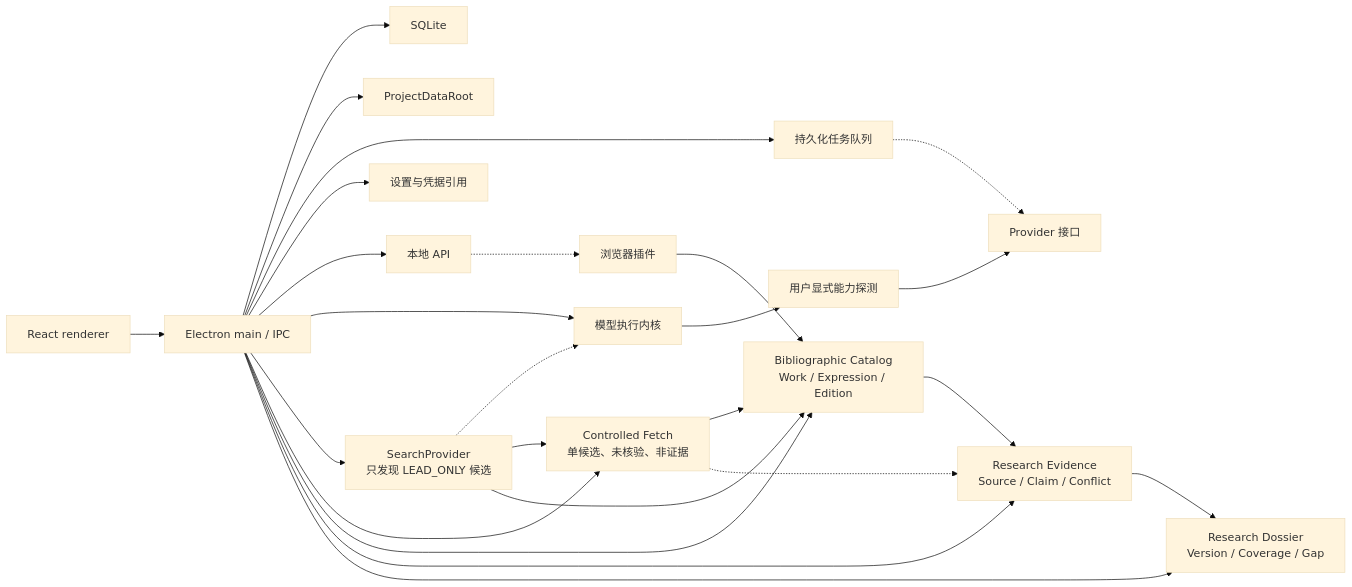
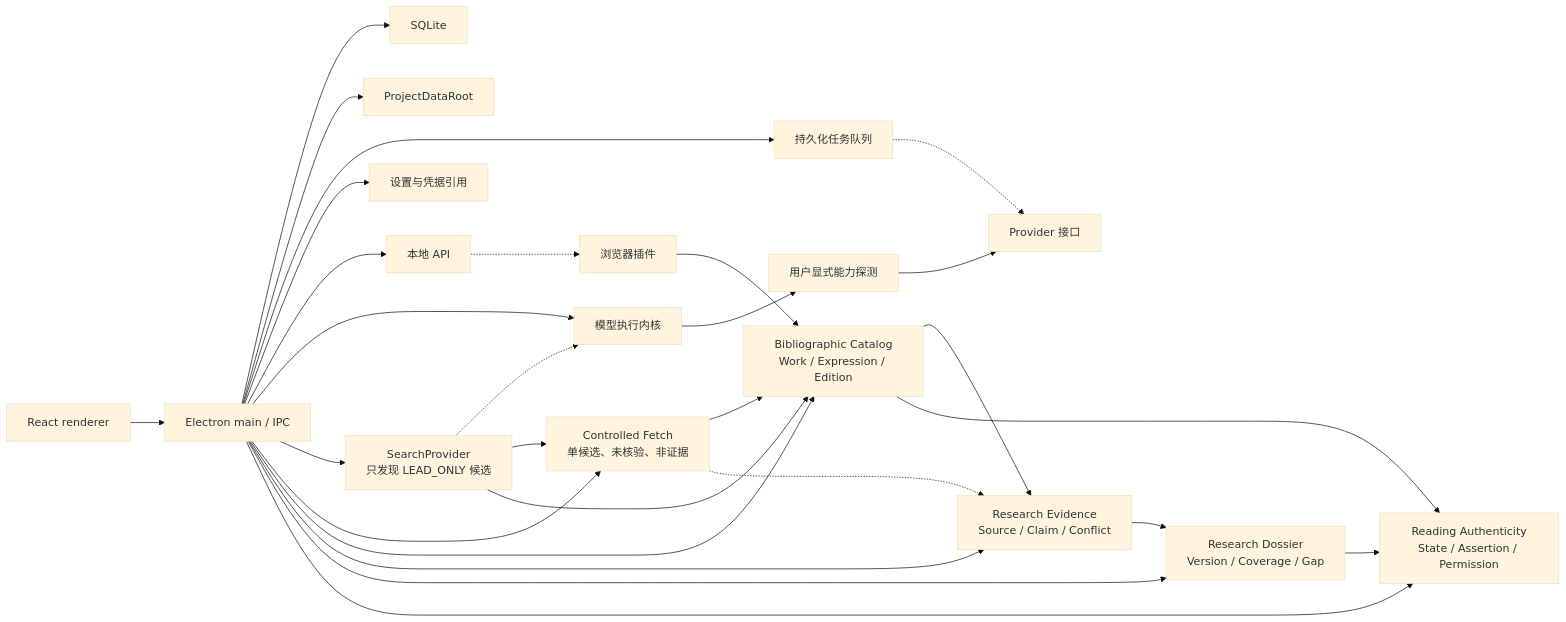
One commit to KAtOReNA7/Rednote-Automated-Operation-Tool changed the second of 2 diagrams in README.md. Above: the diagram before and after it, drawn with Mermaid (base theme). The commit also changed other lines of this file and 76 other files, not shown here.

Commit message:
feat(library): add reading authenticity policy

````diff
--- a/README.md
+++ b/README.md
@@ -146,27 +149,30 @@
 ```mermaid
 flowchart LR
     UI["React renderer"] --> MAIN["Electron main / IPC"]
     MAIN --> DB["SQLite"]
     MAIN --> FS["ProjectDataRoot"]
     MAIN --> QUEUE["持久化任务队列"]
     MAIN --> SETTINGS["设置与凭据引用"]
     MAIN --> API["本地 API"]
     MAIN --> MODEL["模型执行内核"]
     MAIN --> SEARCH["SearchProvider<br/>只发现 LEAD_ONLY 候选"]
     MAIN --> FETCH["Controlled Fetch<br/>单候选、未核验、非证据"]
     MAIN --> CATALOG["Bibliographic Catalog<br/>Work / Expression / Edition"]
     MAIN --> EVIDENCE["Research Evidence<br/>Source / Claim / Conflict"]
     MAIN --> DOSSIER["Research Dossier<br/>Version / Coverage / Gap"]
+    MAIN --> AUTH["Reading Authenticity<br/>State / Assertion / Permission"]
     MODEL --> PROBE["用户显式能力探测"]
     PROBE --> PROVIDERS["Provider 接口"]
     API -.-> CLIPPER["浏览器插件"]
     QUEUE -.-> PROVIDERS
     SEARCH -.-> MODEL
     SEARCH --> FETCH
     SEARCH --> CATALOG
     FETCH --> CATALOG
     CLIPPER --> CATALOG
     FETCH -.-> EVIDENCE
     CATALOG --> EVIDENCE
     EVIDENCE --> DOSSIER
+    CATALOG --> AUTH
+    DOSSIER --> AUTH
 ```
````
